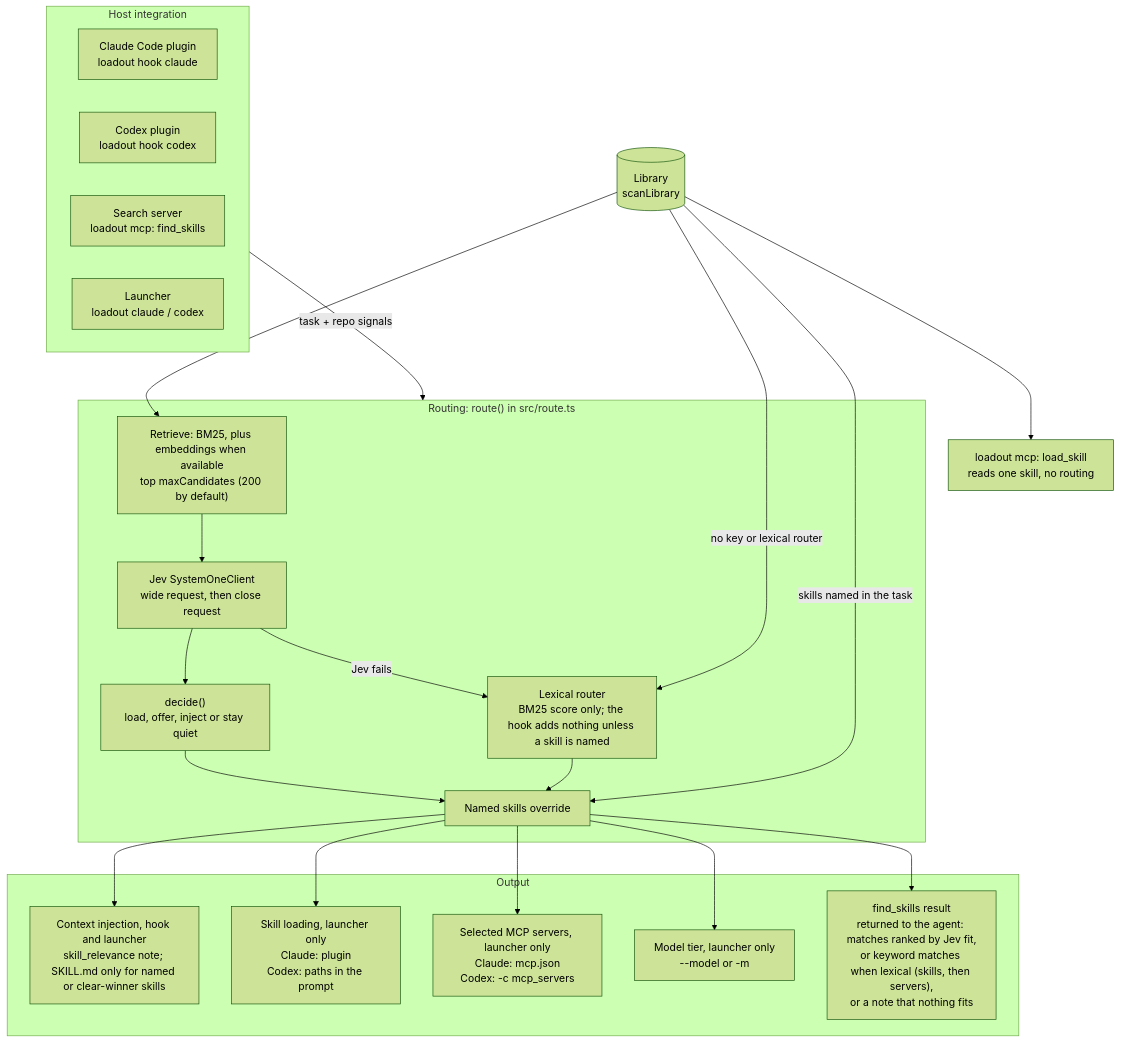
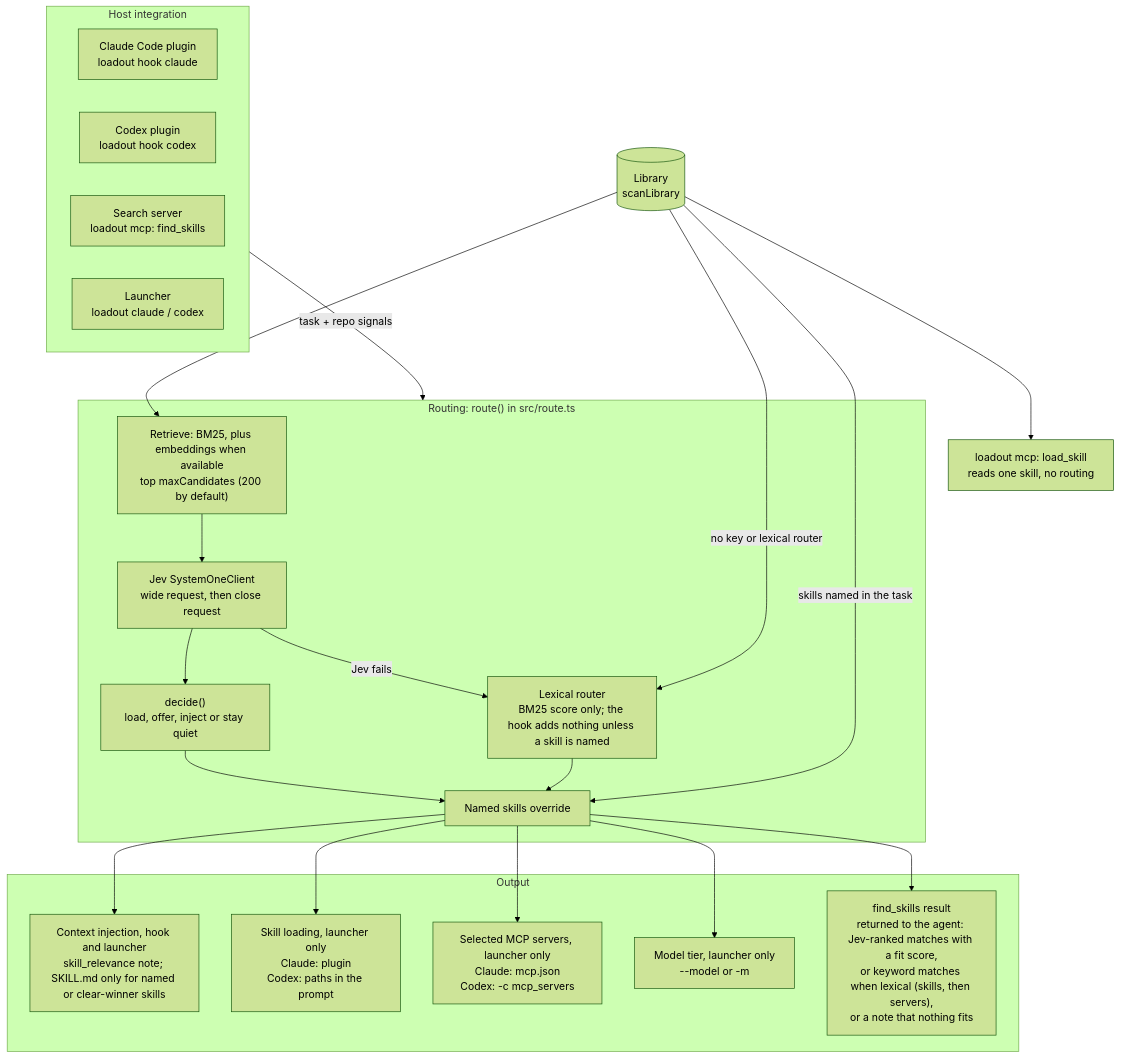
One commit to erik-hedstrom/loadout changed the diagram in DESIGN.md. Above: the diagram before and after it, drawn with Mermaid (forest theme).

Commit message:
DESIGN: Jev find_skills matches are Jev-ranked (share, then fit), not fit-ranked
Codex round 11: closeOrder sorts by close-choice share before expected fit.

Claude-Session: https://claude.ai/code/session_01HuyR49tfEGYja23caRY2JK

````diff
--- a/DESIGN.md
+++ b/DESIGN.md
@@ -29,44 +29,44 @@
 ```mermaid
 flowchart TB
     subgraph host["Host integration"]
         CH["Claude Code plugin<br/>loadout hook claude"]
         XH["Codex plugin<br/>loadout hook codex"]
         MS["Search server<br/>loadout mcp: find_skills"]
         LA["Launcher<br/>loadout claude / codex"]
     end
 
     LIB[("Library<br/>scanLibrary")]
     LS["loadout mcp: load_skill<br/>reads one skill, no routing"]
 
     subgraph routing["Routing: route() in src/route.ts"]
         RET["Retrieve: BM25, plus embeddings when available<br/>top maxCandidates (200 by default)"]
         JEV["Jev SystemOneClient<br/>wide request, then close request"]
         DEC["decide()<br/>load, offer, inject or stay quiet"]
         LEX["Lexical router<br/>BM25 score only; the hook adds nothing unless a skill is named"]
         MEN["Named skills override"]
         RET --> JEV
         JEV -->|"Jev fails"| LEX
         JEV --> DEC
         DEC --> MEN
         LEX --> MEN
     end
 
     subgraph out["Output"]
         CTX["Context injection, hook and launcher<br/>skill_relevance note; SKILL.md only for named or clear-winner skills"]
         SKL["Skill loading, launcher only<br/>Claude: plugin<br/>Codex: paths in the prompt"]
         MCPS["Selected MCP servers, launcher only<br/>Claude: mcp.json<br/>Codex: -c mcp_servers"]
         TIER["Model tier, launcher only<br/>--model or -m"]
-        FSR["find_skills result<br/>returned to the agent: matches ranked by Jev fit,<br/>or keyword matches when lexical (skills, then servers),<br/>or a note that nothing fits"]
+        FSR["find_skills result<br/>returned to the agent: Jev-ranked matches with a fit score,<br/>or keyword matches when lexical (skills, then servers),<br/>or a note that nothing fits"]
     end
 
     host -->|"task + repo signals"| routing
     LIB --> RET
     LIB -->|"no key or lexical router"| LEX
     LIB -->|"skills named in the task"| MEN
     LIB --> LS
     MEN --> CTX
     MEN --> SKL
     MEN --> MCPS
     MEN --> TIER
     MEN --> FSR
 ```
````
